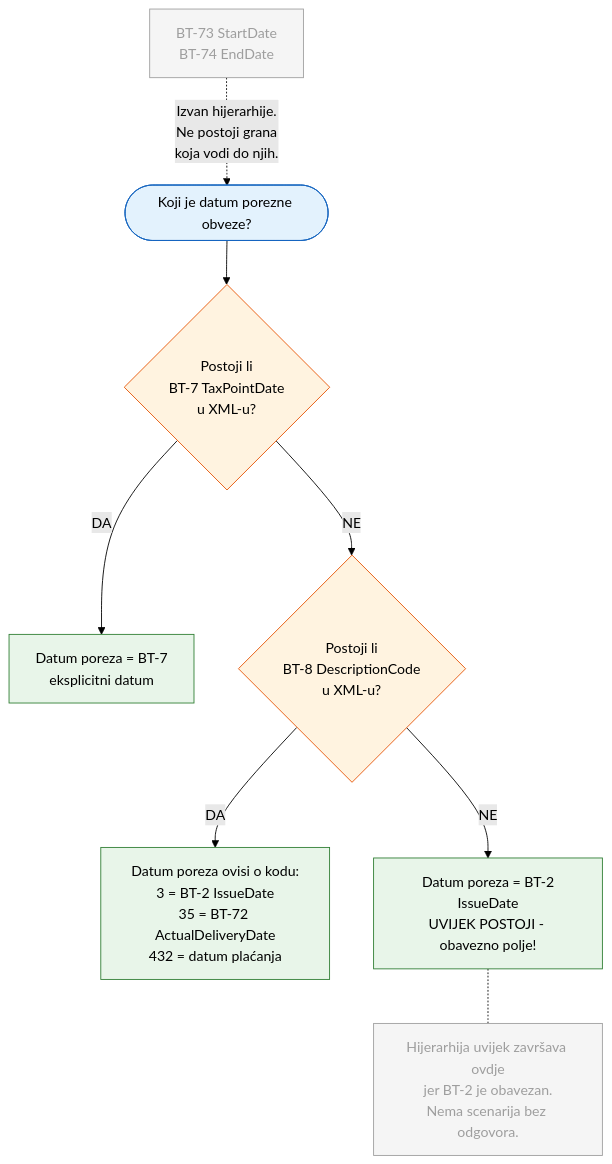
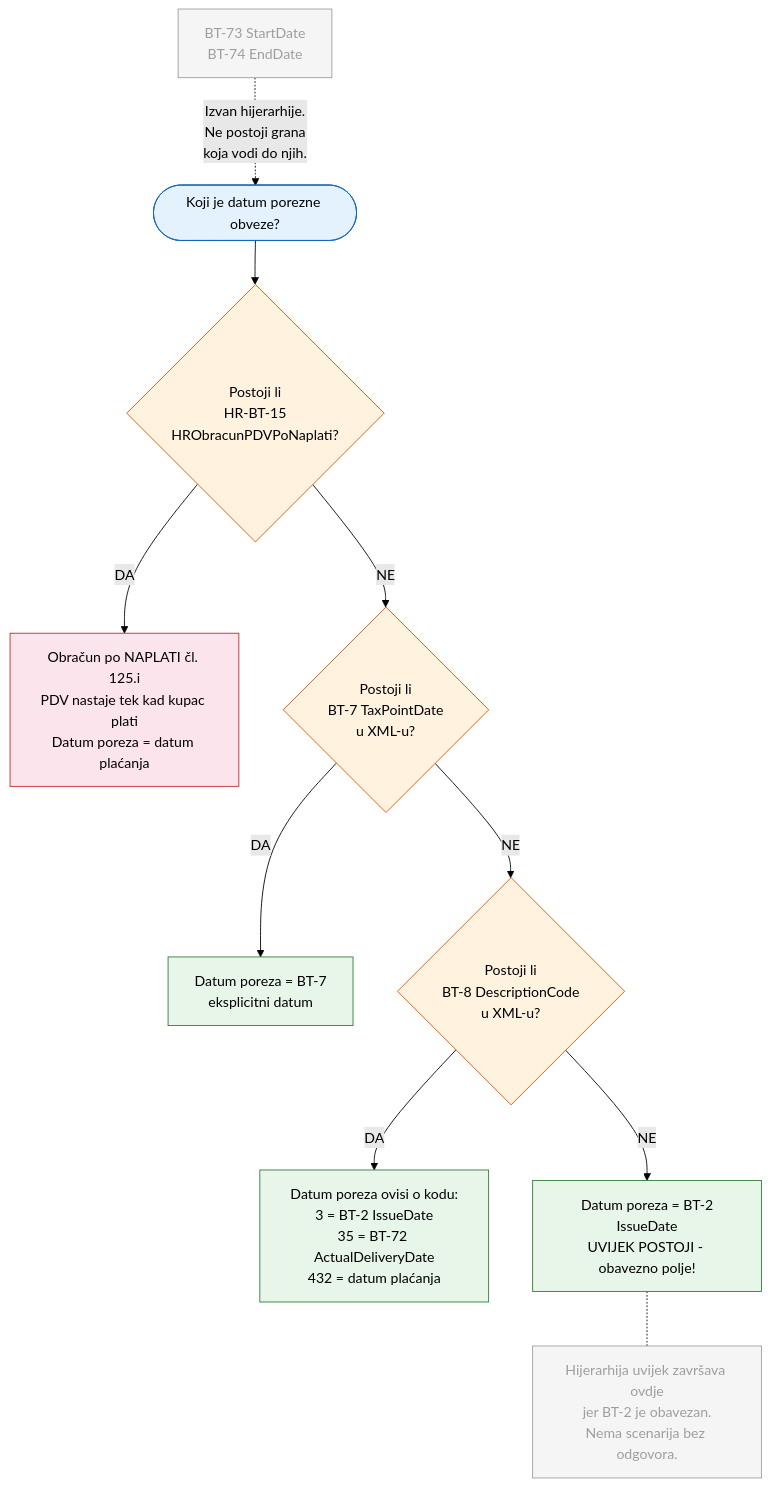
The first of 3 diagrams in docs/pravila.md (dageci/eracun-fiskalizacija-datumi), drawn with Mermaid (forest theme) before and after one commit. The commit also changed other lines of this file, not shown here.

First line of the commit message:
HR-BT-15 dodan u flowcharte kao prvi korak

````diff
--- a/docs/pravila.md
+++ b/docs/pravila.md
@@ -133,23 +124,28 @@
 ```mermaid
 flowchart TD
-    START([Koji je datum porezne obveze?]) --> CHECK1{Postoji li<br>BT-7 TaxPointDate<br>u XML-u?}
+    START([Koji je datum porezne obveze?]) --> CHECK0{Postoji li<br>HR-BT-15<br>HRObracunPDVPoNaplati?}
+
+    CHECK0 -->|DA| NAPLATA[Obračun po NAPLATI čl. 125.i<br>PDV nastaje tek kad kupac plati<br>Datum poreza = datum plaćanja]
+    CHECK0 -->|NE| CHECK1{Postoji li<br>BT-7 TaxPointDate<br>u XML-u?}
 
     CHECK1 -->|DA| RESULT1[Datum poreza = BT-7<br>eksplicitni datum]
     CHECK1 -->|NE| CHECK2{Postoji li<br>BT-8 DescriptionCode<br>u XML-u?}
 
     CHECK2 -->|DA| RESULT2[Datum poreza ovisi o kodu:<br>3 = BT-2 IssueDate<br>35 = BT-72 ActualDeliveryDate<br>432 = datum plaćanja]
     CHECK2 -->|NE| RESULT3[Datum poreza = BT-2<br>IssueDate<br>UVIJEK POSTOJI - obavezno polje!]
 
     RESULT3 -.- NOTE[Hijerarhija uvijek završava ovdje<br>jer BT-2 je obavezan.<br>Nema scenarija bez odgovora.]
 
     BT73[BT-73 StartDate<br>BT-74 EndDate] -.->|Izvan hijerarhije.<br>Ne postoji grana<br>koja vodi do njih.| START
 
     style START fill:#e3f2fd,stroke:#1565c0,color:#000
+    style CHECK0 fill:#fff3e0,stroke:#e65100,color:#000
+    style NAPLATA fill:#fce4ec,stroke:#c62828,color:#000
     style CHECK1 fill:#fff3e0,stroke:#e65100,color:#000
     style CHECK2 fill:#fff3e0,stroke:#e65100,color:#000
     style RESULT1 fill:#e8f5e9,stroke:#2e7d32,color:#000
     style RESULT2 fill:#e8f5e9,stroke:#2e7d32,color:#000
     style RESULT3 fill:#e8f5e9,stroke:#2e7d32,color:#000
     style NOTE fill:#f5f5f5,stroke:#9e9e9e,color:#9e9e9e
     style BT73 fill:#f5f5f5,stroke:#9e9e9e,color:#9e9e9e
 ```
````
